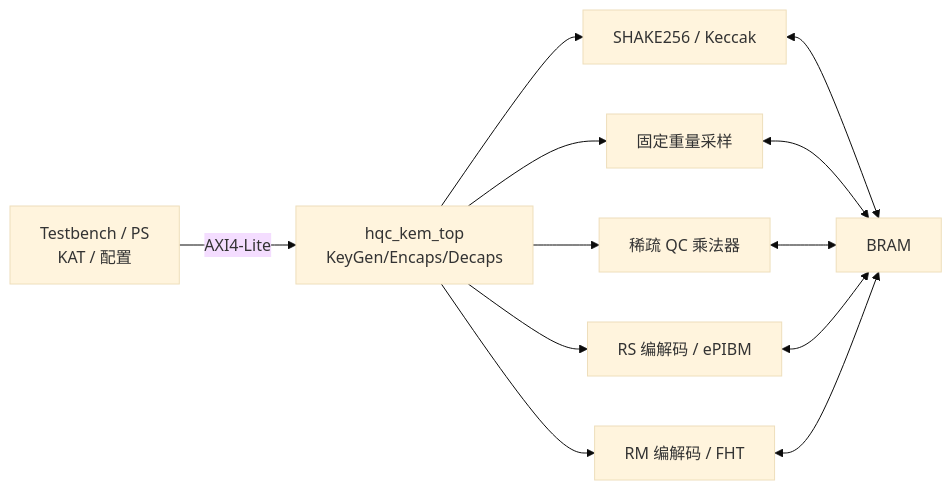
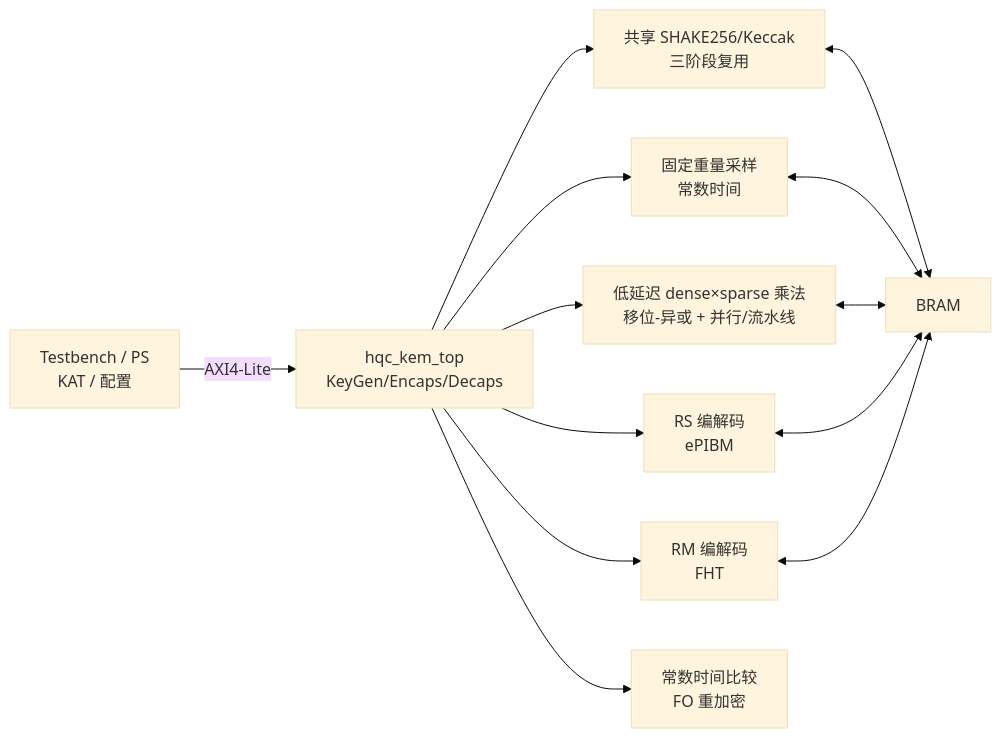
Before and after one commit to LibJiang/dachuang: the diagram in docs/08_HQC技术路线.md, drawn with Mermaid (base theme). The commit also changed other lines of this file and 28 other files, not shown here.

Commit message:
docs: align HQC mainline to low-latency dense x sparse

````diff
--- a/docs/08_HQC技术路线.md
+++ b/docs/08_HQC技术路线.md
@@ -95,14 +102,15 @@
 ```mermaid
 flowchart LR
     HOST[Testbench / PS<br/>KAT / 配置] -->|AXI4-Lite| CTRL[hqc_kem_top<br/>KeyGen/Encaps/Decaps]
-    CTRL --> SHAKE[SHAKE256 / Keccak]
-    CTRL --> SAMP[固定重量采样]
-    CTRL --> SM[稀疏 QC 乘法器]
-    CTRL --> RS[RS 编解码 / ePIBM]
-    CTRL --> RM[RM 编解码 / FHT]
+    CTRL --> SHAKE[共享 SHAKE256/Keccak<br/>三阶段复用]
+    CTRL --> SAMP[固定重量采样<br/>常数时间]
+    CTRL --> PM[低延迟 dense×sparse 乘法<br/>移位-异或 + 并行/流水线]
+    CTRL --> RS[RS 编解码<br/>ePIBM]
+    CTRL --> RM[RM 编解码<br/>FHT]
+    CTRL --> CT[常数时间比较<br/>FO 重加密]
     SHAKE <--> MEM[BRAM]
     SAMP <--> MEM
-    SM <--> MEM
+    PM <--> MEM
     RS <--> MEM
     RM <--> MEM
 ```
````
